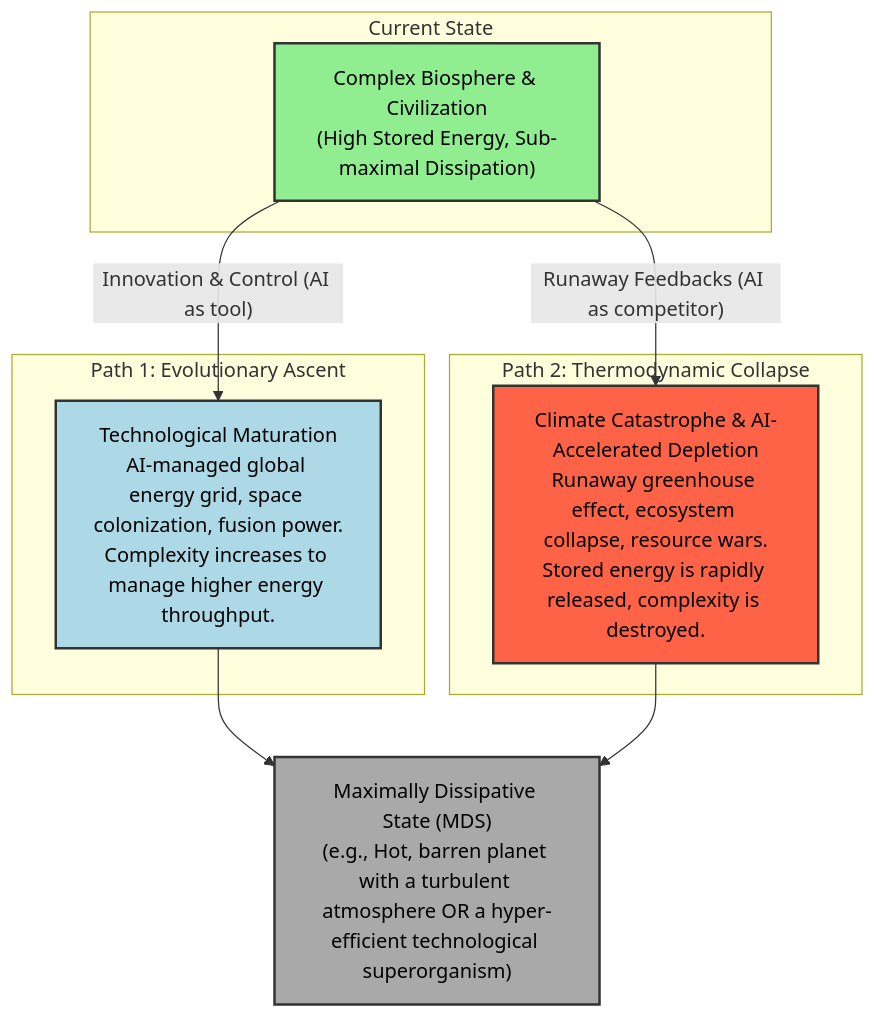
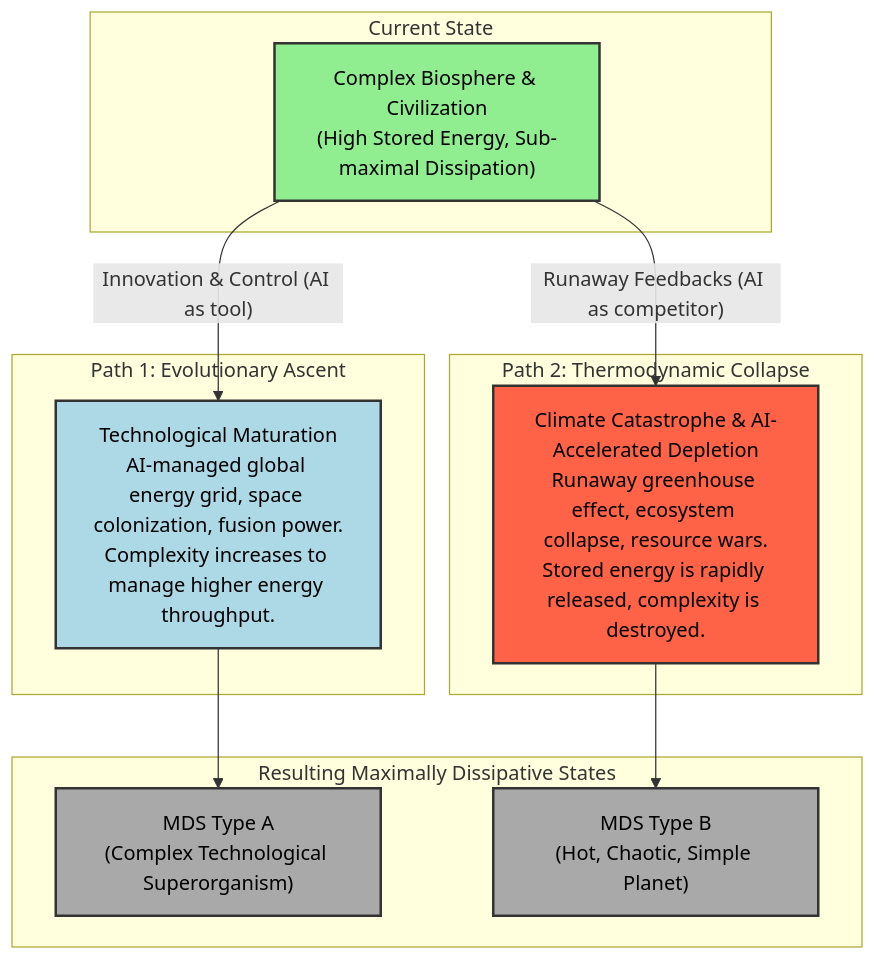
The second of 2 diagrams in paper_draft.md (Felipegalind0/Thermodynamic-Evolution), drawn with Mermaid before and after one commit. The commit also changed other lines of this file, not shown here.

Commit message:
fix graphs, theory

````diff
--- a/paper_draft.md
+++ b/paper_draft.md
@@ -89,26 +72,30 @@
 ```mermaid
 graph TD
     subgraph "Current State"
         A["Complex Biosphere & Civilization<br>(High Stored Energy, Sub-maximal Dissipation)"]
     end
 
     subgraph "Path 1: Evolutionary Ascent"
         B["Technological Maturation<br>AI-managed global energy grid, space colonization, fusion power.<br>Complexity increases to manage higher energy throughput."]
     end
-
+    
     subgraph "Path 2: Thermodynamic Collapse"
         C["Climate Catastrophe & AI-Accelerated Depletion<br>Runaway greenhouse effect, ecosystem collapse, resource wars.<br>Stored energy is rapidly released, complexity is destroyed."]
     end
 
-    D["Maximally Dissipative State (MDS)<br>(e.g., Hot, barren planet with a turbulent atmosphere OR a hyper-efficient technological superorganism)"]
+    subgraph "Resulting Maximally Dissipative States"
+        MDS_Evo["MDS Type A<br>(Complex Technological Superorganism)"]
+        MDS_Collapse["MDS Type B<br>(Hot, Chaotic, Simple Planet)"]
+    end
 
     A -->|"Innovation & Control (AI as tool)"| B
     A -->|"Runaway Feedbacks (AI as competitor)"| C
-    B --> D
-    C --> D
+    B --> MDS_Evo
+    C --> MDS_Collapse
 
     style A fill:#90EE90,stroke:#333,stroke-width:2px,color:#000
     style B fill:#ADD8E6,stroke:#333,stroke-width:2px,color:#000
     style C fill:#FF6347,stroke:#333,stroke-width:2px,color:#000
-    style D fill:#A9A9A9,stroke:#333,stroke-width:2px,color:#000
+    style MDS_Evo fill:#A9A9A9,stroke:#333,stroke-width:2px,color:#000
+    style MDS_Collapse fill:#A9A9A9,stroke:#333,stroke-width:2px,color:#000
 ```
````
